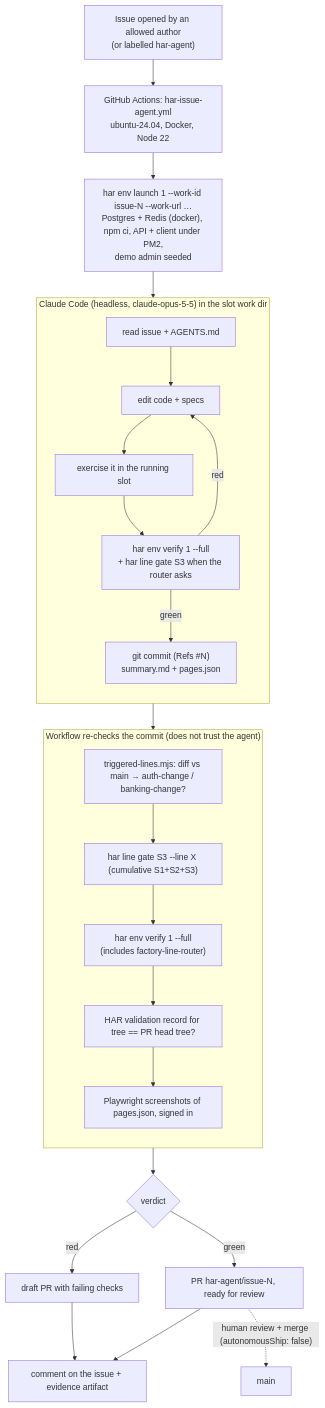
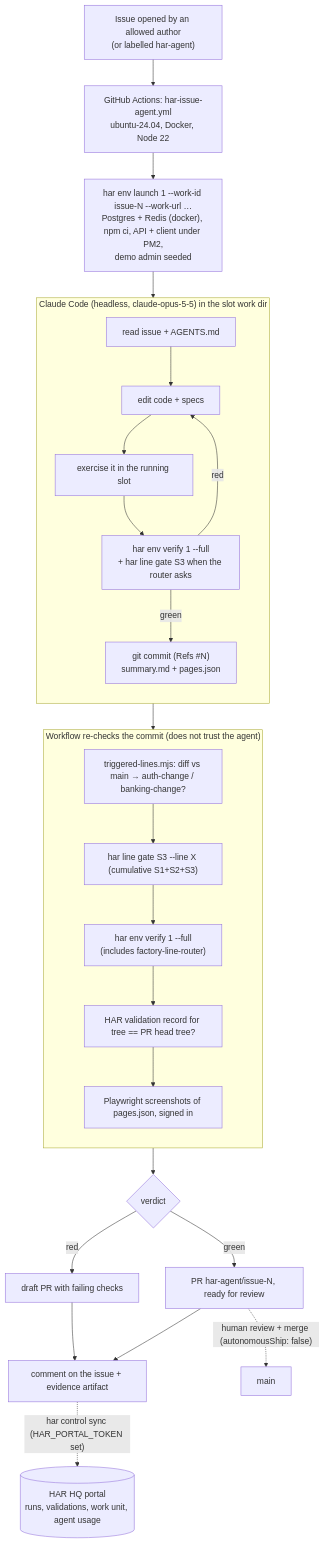
One commit to kernoio-benchmark/ghostfolio changed the diagram in .github/har-agent/README.md. Above: the diagram before and after it, drawn with Mermaid. The commit also changed other lines of this file and 1 other file, not shown here.

First line of the commit message:
feat(har): issue agent reports runs and agent usage to HAR HQ

````diff
--- a/.github/har-agent/README.md
+++ b/.github/har-agent/README.md
@@ -15,31 +15,32 @@
 ```mermaid
 flowchart TD
     I["Issue opened by an allowed author<br/>(or labelled har-agent)"] --> W["GitHub Actions: har-issue-agent.yml<br/>ubuntu-24.04, Docker, Node 22"]
     W --> L["har env launch 1 --work-id issue-N --work-url …<br/>Postgres + Redis (docker), npm ci, API + client under PM2,<br/>demo admin seeded"]
     L --> A
 
     subgraph A ["Claude Code (headless, claude-opus-5-5) in the slot work dir"]
         direction TB
         A1["read issue + AGENTS.md"] --> A2["edit code + specs"] --> A3["exercise it in the running slot"]
         A3 --> A4["har env verify 1 --full<br/>+ har line gate S3 when the router asks"]
         A4 -->|red| A2
         A4 -->|green| A5["git commit (Refs #N)<br/>summary.md + pages.json"]
     end
 
     A --> R
 
     subgraph R ["Workflow re-checks the commit (does not trust the agent)"]
         direction TB
         R1["triggered-lines.mjs: diff vs main → auth-change / banking-change?"] --> R2["har line gate S3 --line X (cumulative S1+S2+S3)"]
         R2 --> R3["har env verify 1 --full<br/>(includes factory-line-router)"]
         R3 --> R4["HAR validation record for tree == PR head tree?"]
         R4 --> R5["Playwright screenshots of pages.json, signed in"]
     end
 
     R --> P{"verdict"}
     P -->|green| PR["PR har-agent/issue-N, ready for review"]
     P -->|red| D["draft PR with failing checks"]
     PR --> C["comment on the issue + evidence artifact"]
     D --> C
+    C -.->|"har control sync (HAR_PORTAL_TOKEN set)"| HQ[("HAR HQ portal<br/>runs, validations, work unit, agent usage")]
     PR -.->|"human review + merge (autonomousShip: false)"| M[main]
 ```
````
